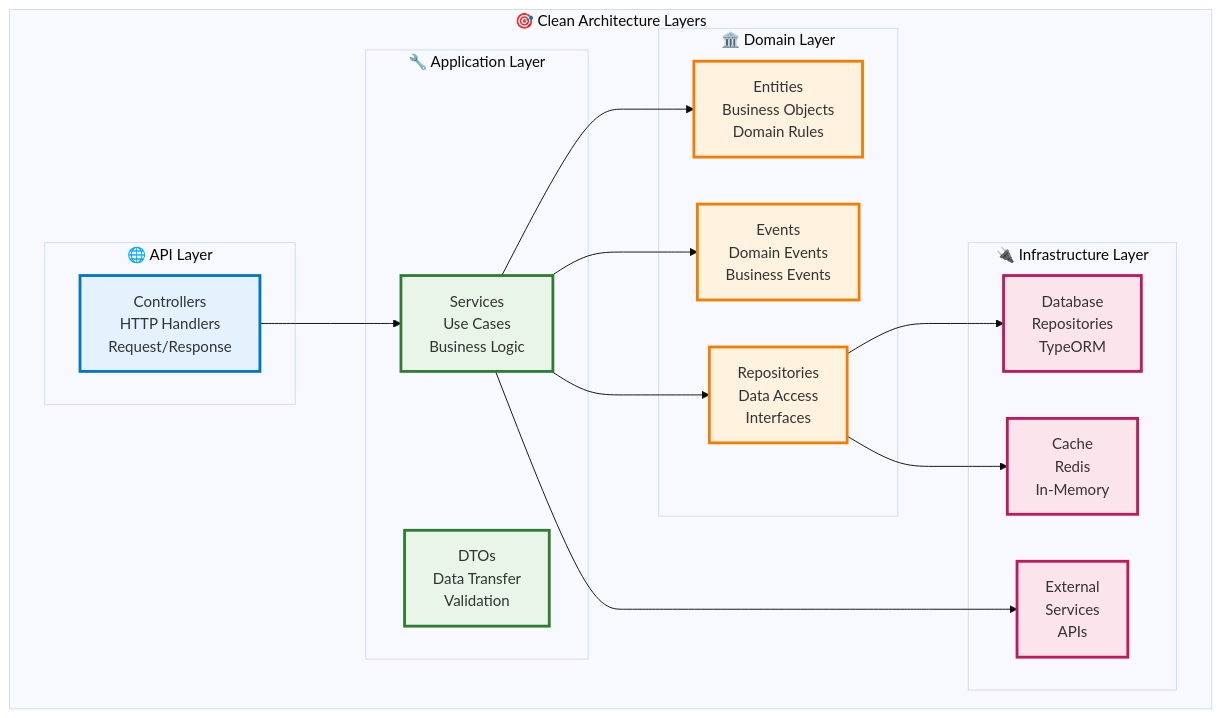
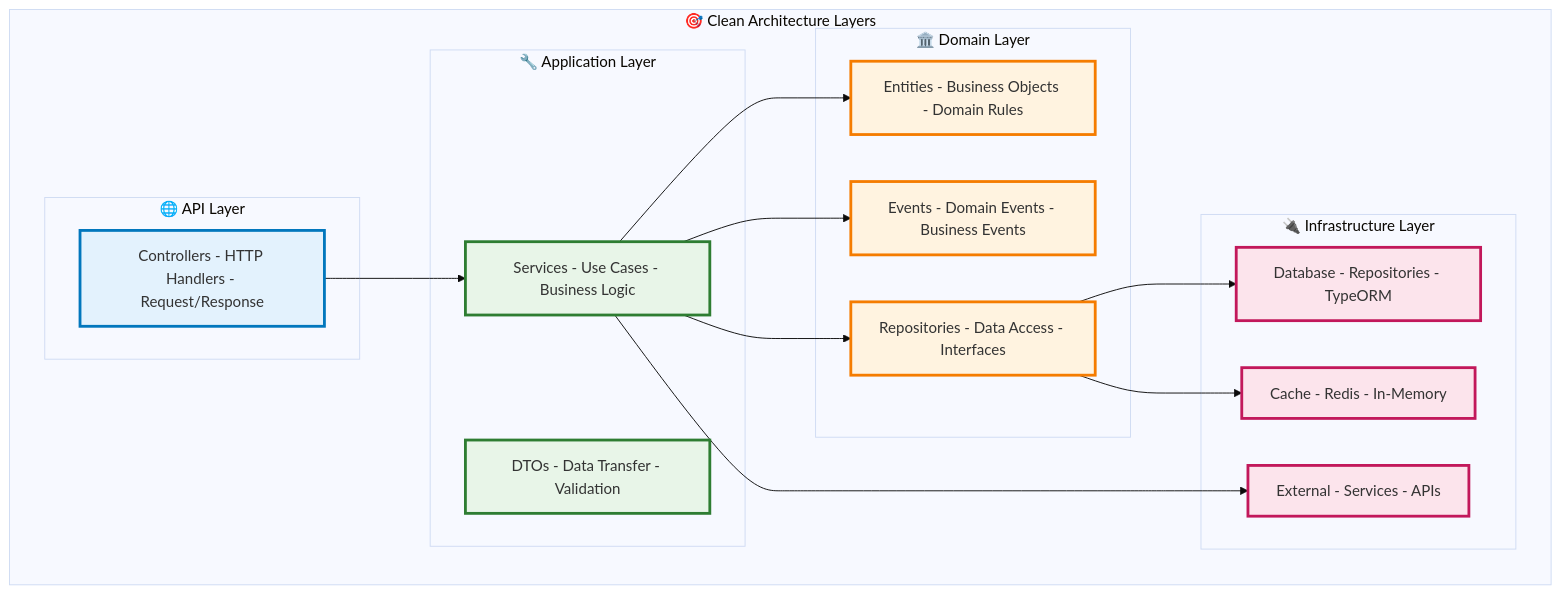
Before and after one commit to tannpv/react-adminlte-clean-arch: the second of 5 diagrams in ARCHITECTURE-MERMAID.md, drawn with Mermaid (base theme). The commit also changed other lines of this file and 1 other file, not shown here.

Commit message:
fix: Correct Mermaid syntax errors in architecture diagrams
🔧 Fixed Issues:
- Removed HTML <br/> tags from Mermaid node labels
- Replaced with proper Mermaid syntax using quotes
- Fixed parse errors in all diagram files

✅ Changes:
- ARCHITECTURE-MERMAID.md: Fixed all <br/> tags
- generate-diagram-images.html: Fixed all <br/> tags
- Diagrams now render correctly in Mermaid viewers
- Professional appearance maintained

🎯 Result:
- Mermaid diagrams now parse without errors
- Ready for GitHub rendering and image generation
- Professional architecture visualization working

````diff
--- a/ARCHITECTURE-MERMAID.md
+++ b/ARCHITECTURE-MERMAID.md
@@ -114,45 +114,45 @@
 ```mermaid
 graph TB
     subgraph "🎯 Clean Architecture Layers"
         subgraph "🌐 API Layer"
-            CTRL[Controllers<br/>HTTP Handlers<br/>Request/Response]
+            CTRL["Controllers - HTTP Handlers - Request/Response"]
         end
         
         subgraph "🔧 Application Layer"
-            SVC[Services<br/>Use Cases<br/>Business Logic]
-            DTO[DTOs<br/>Data Transfer<br/>Validation]
+            SVC["Services - Use Cases - Business Logic"]
+            DTO["DTOs - Data Transfer - Validation"]
         end
         
         subgraph "🏛️ Domain Layer"
-            ENT[Entities<br/>Business Objects<br/>Domain Rules]
-            EVT[Events<br/>Domain Events<br/>Business Events]
-            REPO[Repositories<br/>Data Access<br/>Interfaces]
+            ENT["Entities - Business Objects - Domain Rules"]
+            EVT["Events - Domain Events - Business Events"]
+            REPO["Repositories - Data Access - Interfaces"]
         end
         
         subgraph "🔌 Infrastructure Layer"
-            DB_REPO[Database<br/>Repositories<br/>TypeORM]
-            CACHE_REPO[Cache<br/>Redis<br/>In-Memory]
-            EXT[External<br/>Services<br/>APIs]
+            DB_REPO["Database - Repositories - TypeORM"]
+            CACHE_REPO["Cache - Redis - In-Memory"]
+            EXT["External - Services - APIs"]
         end
     end
     
     %% Dependencies (pointing inward)
     CTRL --> SVC
     SVC --> ENT
     SVC --> EVT
     SVC --> REPO
     REPO --> DB_REPO
     REPO --> CACHE_REPO
     SVC --> EXT
     
     %% Styling
     classDef apiLayer fill:#e3f2fd,stroke:#0277bd,stroke-width:3px
     classDef appLayer fill:#e8f5e8,stroke:#2e7d32,stroke-width:3px
     classDef domainLayer fill:#fff3e0,stroke:#f57c00,stroke-width:3px
     classDef infraLayer fill:#fce4ec,stroke:#c2185b,stroke-width:3px
     
     class CTRL apiLayer
     class SVC,DTO appLayer
     class ENT,EVT,REPO domainLayer
     class DB_REPO,CACHE_REPO,EXT infraLayer
 ```
````
